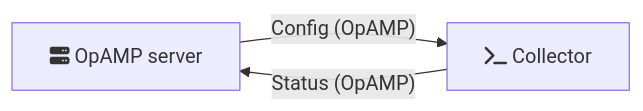
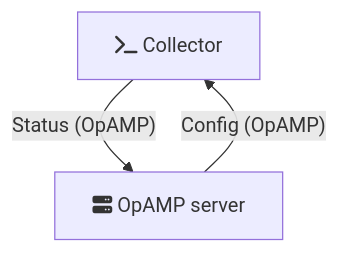
Before and after one commit to evan-bradley/supervisor-talk: the diagram in diagram/unsupervised-control.mmd, drawn with Mermaid. The commit also changed 1 other file, not shown here.

Commit message:
Reorganize architecture diagrams

```diff
--- a/diagram/unsupervised-control.mmd
+++ b/diagram/unsupervised-control.mmd
@@ -1,8 +1,8 @@
-flowchart LR
+flowchart TB
+    collector["fa:fa-terminal Collector"]
     server["fa:fa-server OpAMP server"]
-    collector["fa:fa-terminal Collector"]
 
     server -->|"Config (OpAMP)"| collector
     collector -->|"Status (OpAMP)"| server
 
 class collector,server box;
```
